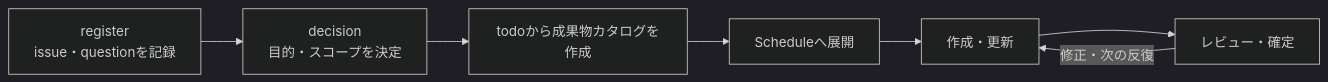
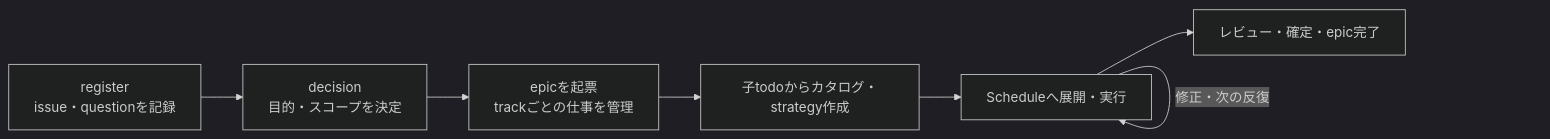
The second of 2 diagrams in docs/ja/specdojo/guides/specdojo-overview-guide.md (specdojo/specdojo), drawn with Mermaid (dark theme) before and after one commit. The commit also changed other lines of this file and 9 other files, not shown here.

````diff
--- a/docs/ja/specdojo/guides/specdojo-overview-guide.md
+++ b/docs/ja/specdojo/guides/specdojo-overview-guide.md
@@ -149,12 +149,12 @@
 ```mermaid
 flowchart LR
   A["register<br/>issue・questionを記録"]
   B["decision<br/>目的・スコープを決定"]
-  C["todoから成果物カタログを作成"]
-  D["Scheduleへ展開"]
-  E["作成・更新"]
-  F["レビュー・確定"]
+  C["epicを起票<br/>trackごとの仕事を管理"]
+  D["子todoからカタログ・strategy作成"]
+  E["Scheduleへ展開・実行"]
+  F["レビュー・確定・epic完了"]
 
   A --> B --> C --> D --> E --> F
-  F -->|修正・次の反復| E
+  E -->|修正・次の反復| E
 ```
````
